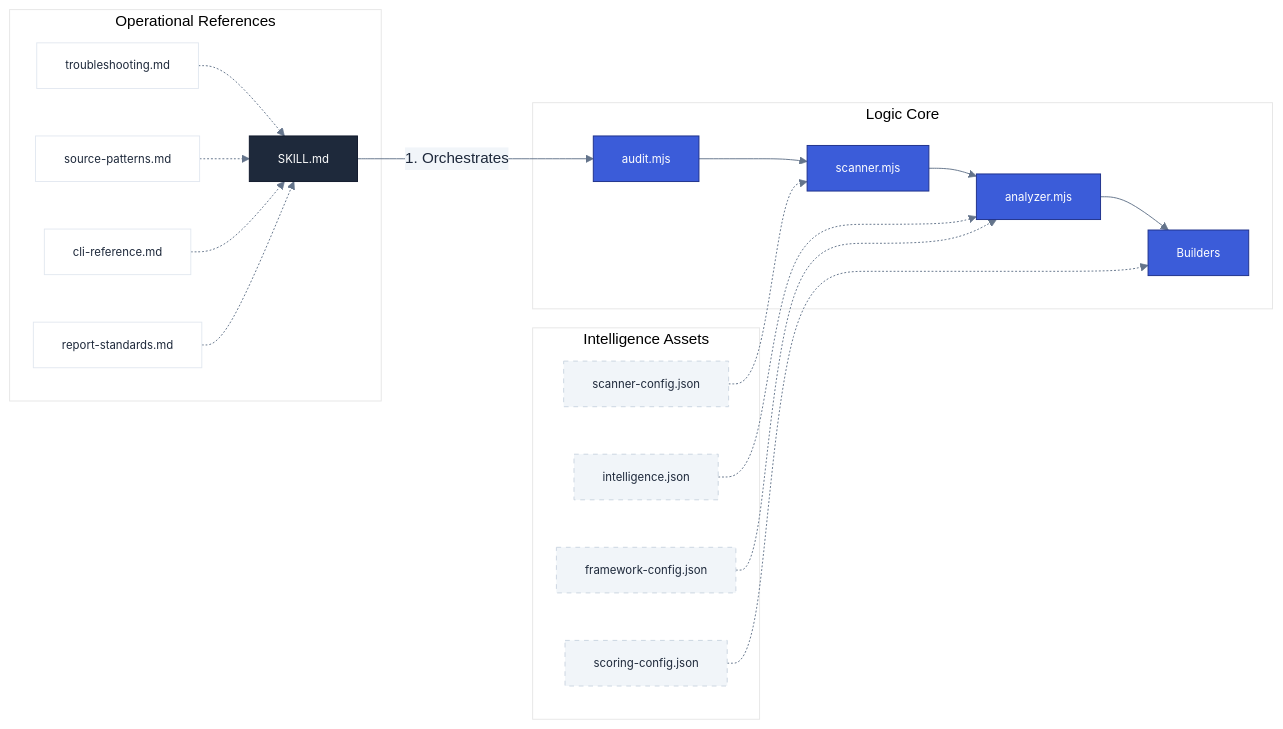
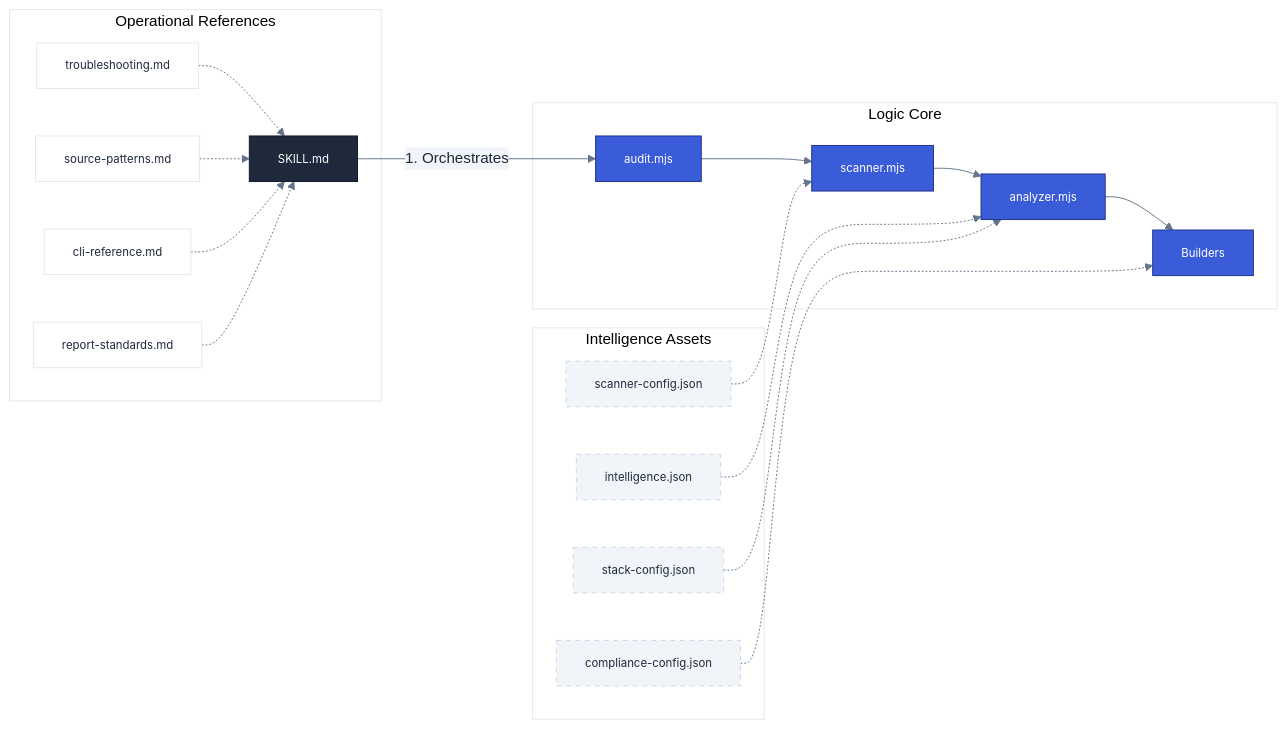
Before and after one commit to diegovelasquezweb/a11y-skill: the diagram in docs/engine-manifest.md, drawn with Mermaid. The commit also changed other lines of this file and 11 other files, not shown here.

````diff
--- a/docs/engine-manifest.md
+++ b/docs/engine-manifest.md
@@ -75,34 +74,34 @@
 ```mermaid
 %%{init: { 'theme': 'base', 'themeVariables': { 'primaryColor': '#3b5cd9', 'primaryTextColor': '#1e293b', 'primaryBorderColor': '#1e308a', 'lineColor': '#64748b', 'secondaryColor': '#f1f5f9', 'tertiaryColor': '#fff', 'mainBkg': '#fff', 'nodeBorder': '#e2e8f0' } } }%%
 flowchart LR
     A[SKILL.md] -- "1. Orchestrates" --> B[audit.mjs]
 
     subgraph Engine ["Logic Core"]
         B --> C[scanner.mjs]
         C --> D[analyzer.mjs]
         D --> E[Builders]
     end
 
     subgraph Data ["Intelligence Assets"]
         AS1[scanner-config.json] -.-> C
         AS2[intelligence.json] -.-> D
-        AS3[framework-config.json] -.-> D
-        AS4[scoring-config.json] -.-> E
+        AS3[stack-config.json] -.-> D
+        AS4[compliance-config.json] -.-> E
     end
 
     subgraph Knowledge ["Operational References"]
         R1[troubleshooting.md] -.-> A
         R2[source-patterns.md] -.-> A
         R3[cli-reference.md] -.-> A
         R4[report-standards.md] -.-> A
     end
 
     classDef default font-family:Inter,sans-serif,font-size:12px;
     classDef playbook fill:#1e293b,color:#fff,stroke:#0f172a;
     classDef core fill:#3b5cd9,color:#fff,stroke:#1e308a;
     classDef storage fill:#f1f5f9,stroke:#cbd5e1,stroke-dasharray: 5 5;
 
     class A playbook;
     class B,C,D,E core;
     class AS1,AS2,AS3,AS4 storage;
 ```
````
